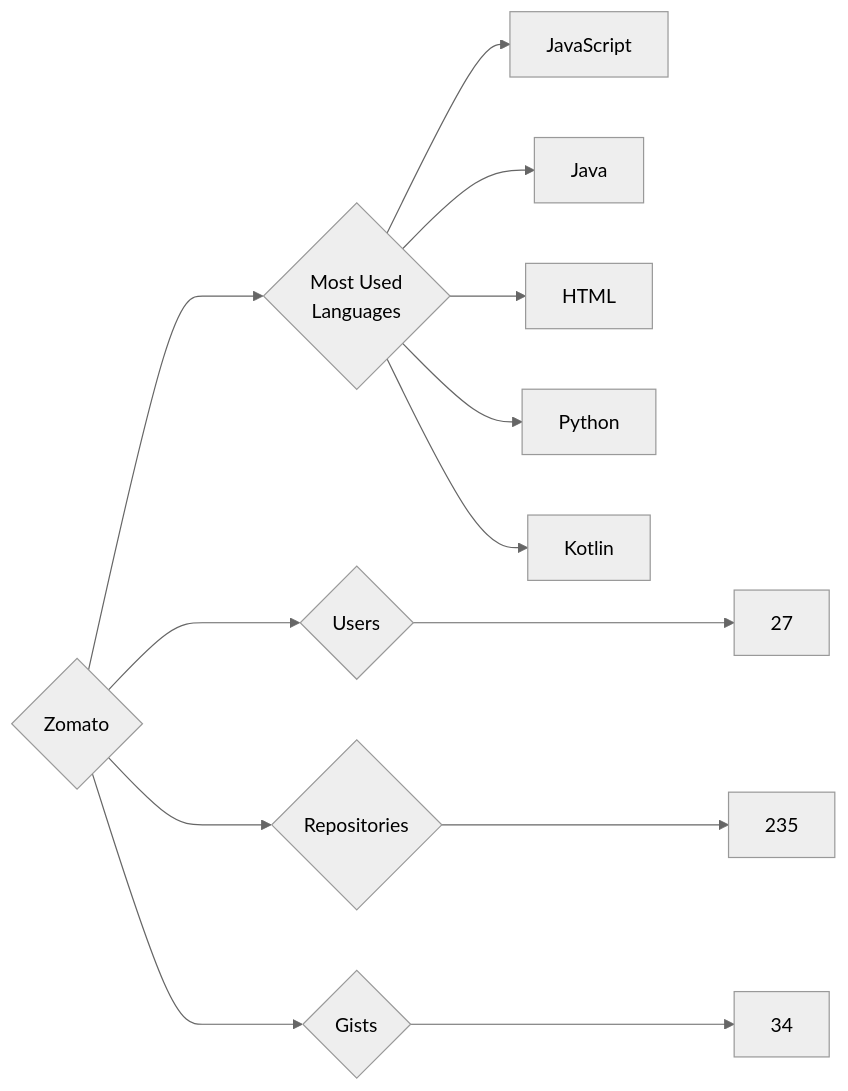
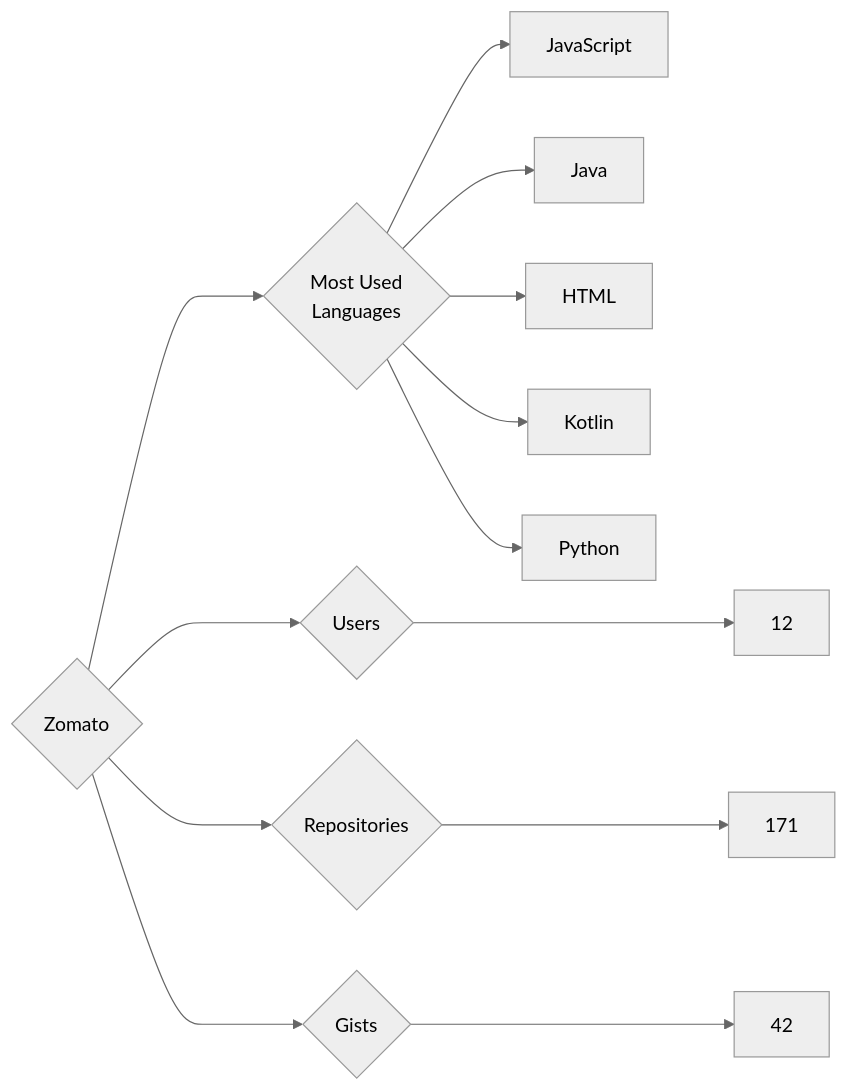
One commit to trickest/insiders changed the diagram in targets/Zomato/README.md. Above: the diagram before and after it, drawn with Mermaid (neutral theme). The commit also changed 898 other files, not shown here.

````diff
--- a/targets/Zomato/README.md
+++ b/targets/Zomato/README.md
@@ -3,13 +3,13 @@
 ```mermaid
 graph LR
 COMPANY_NAME{Zomato}
-COMPANY_NAME ---> U{Users} ---> UN[27]
-COMPANY_NAME ---> R{Repositories} ---> RN[235]
-COMPANY_NAME ---> G{Gists} ---> GN[34]
+COMPANY_NAME ---> U{Users} ---> UN[12]
+COMPANY_NAME ---> R{Repositories} ---> RN[171]
+COMPANY_NAME ---> G{Gists} ---> GN[42]
 COMPANY_NAME ---> ML{Most Used<br>Languages}
 ML --> JavaScript[JavaScript]
 ML --> Java[Java]
 ML --> HTML[HTML]
+ML --> Kotlin[Kotlin]
 ML --> Python[Python]
-ML --> Kotlin[Kotlin]
 ```
````
